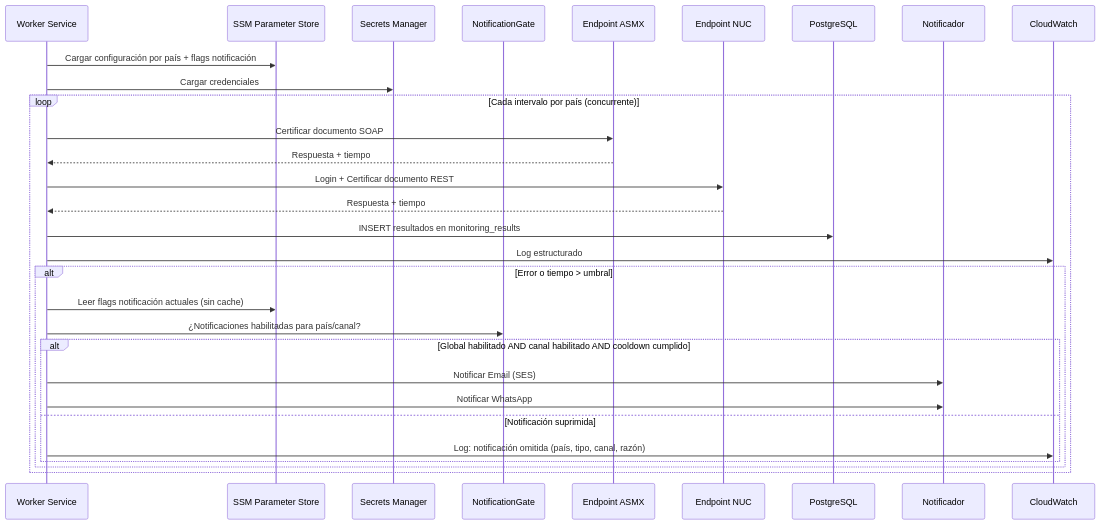
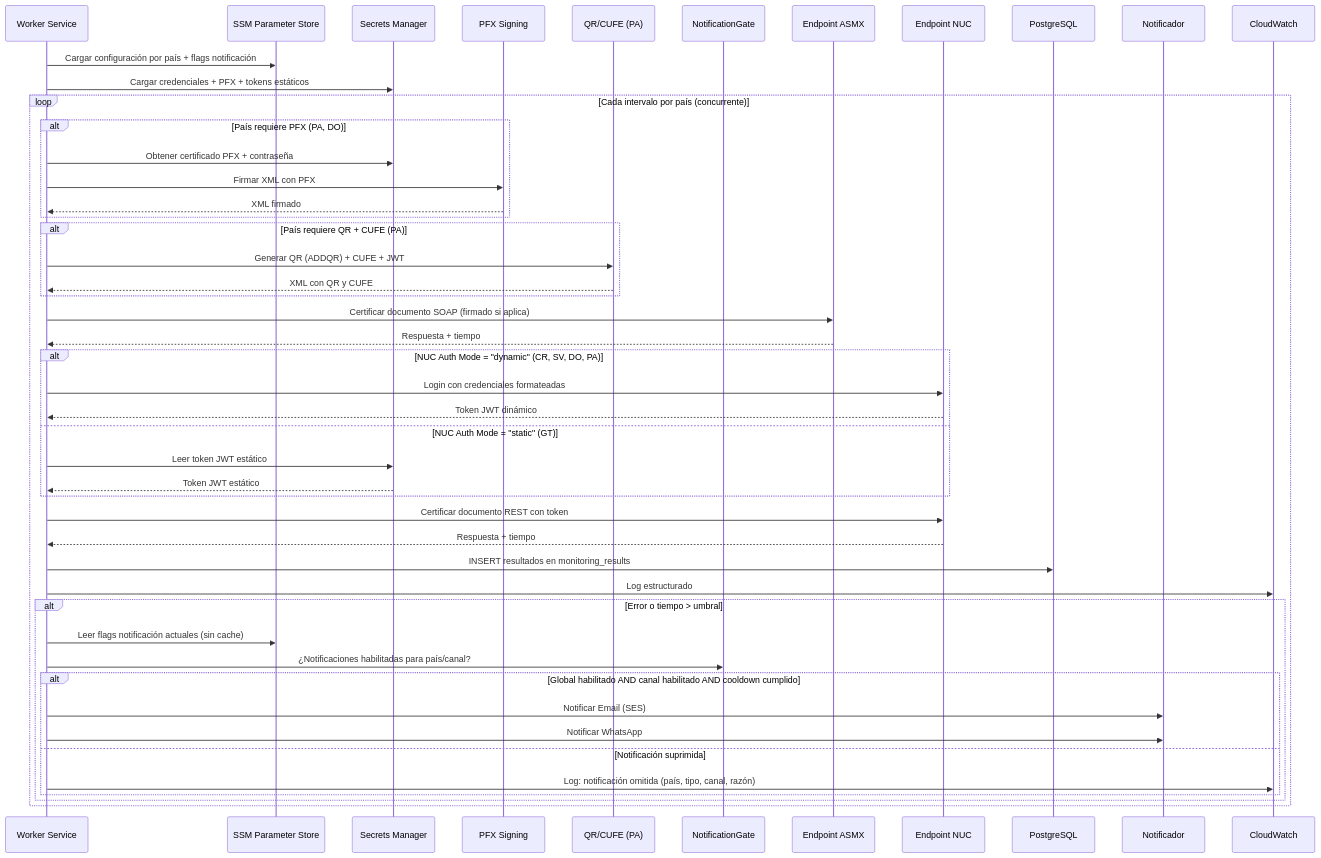
Before and after one commit to alehernandezdf/RegionalCertMonitor: the second of 4 diagrams in .kiro/specs/unified-monitoring-service/design.md, drawn with Mermaid. The commit also changed other lines of this file and 117 other files, not shown here.

````diff
--- a/.kiro/specs/unified-monitoring-service/design.md
+++ b/.kiro/specs/unified-monitoring-service/design.md
@@ -87,35 +89,53 @@
 ```mermaid
 sequenceDiagram
     participant W as Worker Service
     participant SSM as SSM Parameter Store
     participant SM as Secrets Manager
+    participant PFX as PFX Signing
+    participant QR as QR/CUFE (PA)
     participant NG as NotificationGate
     participant ASMX as Endpoint ASMX
     participant NUC as Endpoint NUC
     participant PG as PostgreSQL
     participant N as Notificador
     participant CW as CloudWatch
 
     W->>SSM: Cargar configuración por país + flags notificación
-    W->>SM: Cargar credenciales
+    W->>SM: Cargar credenciales + PFX + tokens estáticos
     
     loop Cada intervalo por país (concurrente)
-        W->>ASMX: Certificar documento SOAP
+        alt País requiere PFX (PA, DO)
+            W->>SM: Obtener certificado PFX + contraseña
+            W->>PFX: Firmar XML con PFX
+            PFX-->>W: XML firmado
+        end
+        alt País requiere QR + CUFE (PA)
+            W->>QR: Generar QR (ADDQR) + CUFE + JWT
+            QR-->>W: XML con QR y CUFE
+        end
+        W->>ASMX: Certificar documento SOAP (firmado si aplica)
         ASMX-->>W: Respuesta + tiempo
-        W->>NUC: Login + Certificar documento REST
+        alt NUC Auth Mode = "dynamic" (CR, SV, DO, PA)
+            W->>NUC: Login con credenciales formateadas
+            NUC-->>W: Token JWT dinámico
+        else NUC Auth Mode = "static" (GT)
+            W->>SM: Leer token JWT estático
+            SM-->>W: Token JWT estático
+        end
+        W->>NUC: Certificar documento REST con token
         NUC-->>W: Respuesta + tiempo
         W->>PG: INSERT resultados en monitoring_results
         W->>CW: Log estructurado
         
         alt Error o tiempo > umbral
             W->>SSM: Leer flags notificación actuales (sin cache)
             W->>NG: ¿Notificaciones habilitadas para país/canal?
             alt Global habilitado AND canal habilitado AND cooldown cumplido
                 W->>N: Notificar Email (SES)
                 W->>N: Notificar WhatsApp
             else Notificación suprimida
                 W->>CW: Log: notificación omitida (país, tipo, canal, razón)
             end
         end
     end
 ```
````
